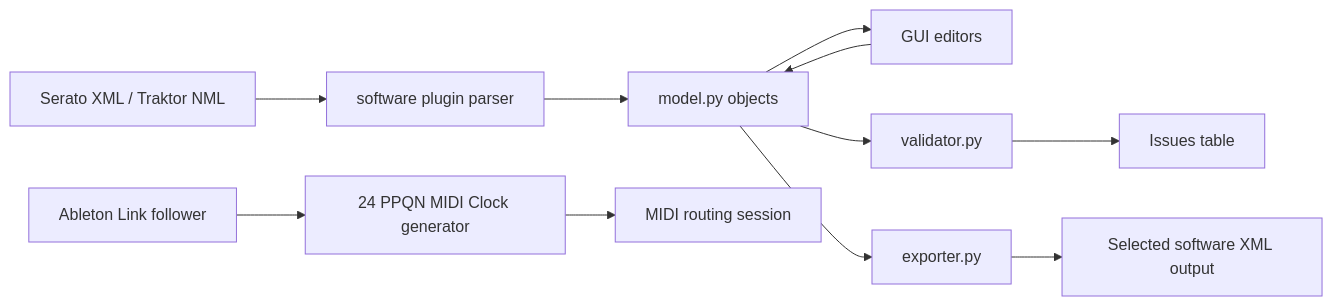
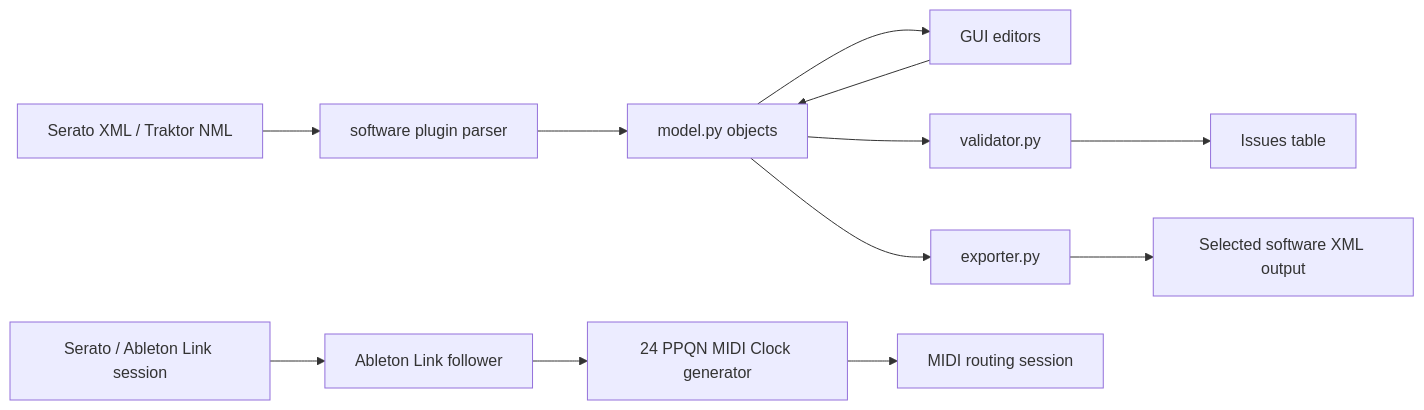
One commit to guillain/DJ-MIDI-Studio changed the first of 2 diagrams in docs/architecture.md. Above: the diagram before and after it, drawn with Mermaid. The commit also changed other lines of this file and 6 other files, not shown here.

Commit message:
docs(clock): align Ableton Link documentation

````diff
--- a/docs/architecture.md
+++ b/docs/architecture.md
@@ -29,13 +32,14 @@
 ```mermaid
 flowchart LR
     A[Serato XML / Traktor NML] --> B[software plugin parser]
     B --> C[model.py objects]
     C --> D[GUI editors]
     C --> E[validator.py]
     D --> C
     E --> F[Issues table]
     C --> G[exporter.py]
     G --> H[Selected software XML output]
-    L[Ableton Link follower] --> M[24 PPQN MIDI Clock generator]
-    M --> R[MIDI routing session]
+    L[Serato / Ableton Link session] --> M[Ableton Link follower]
+    M --> N[24 PPQN MIDI Clock generator]
+    N --> R[MIDI routing session]
 ```
````
